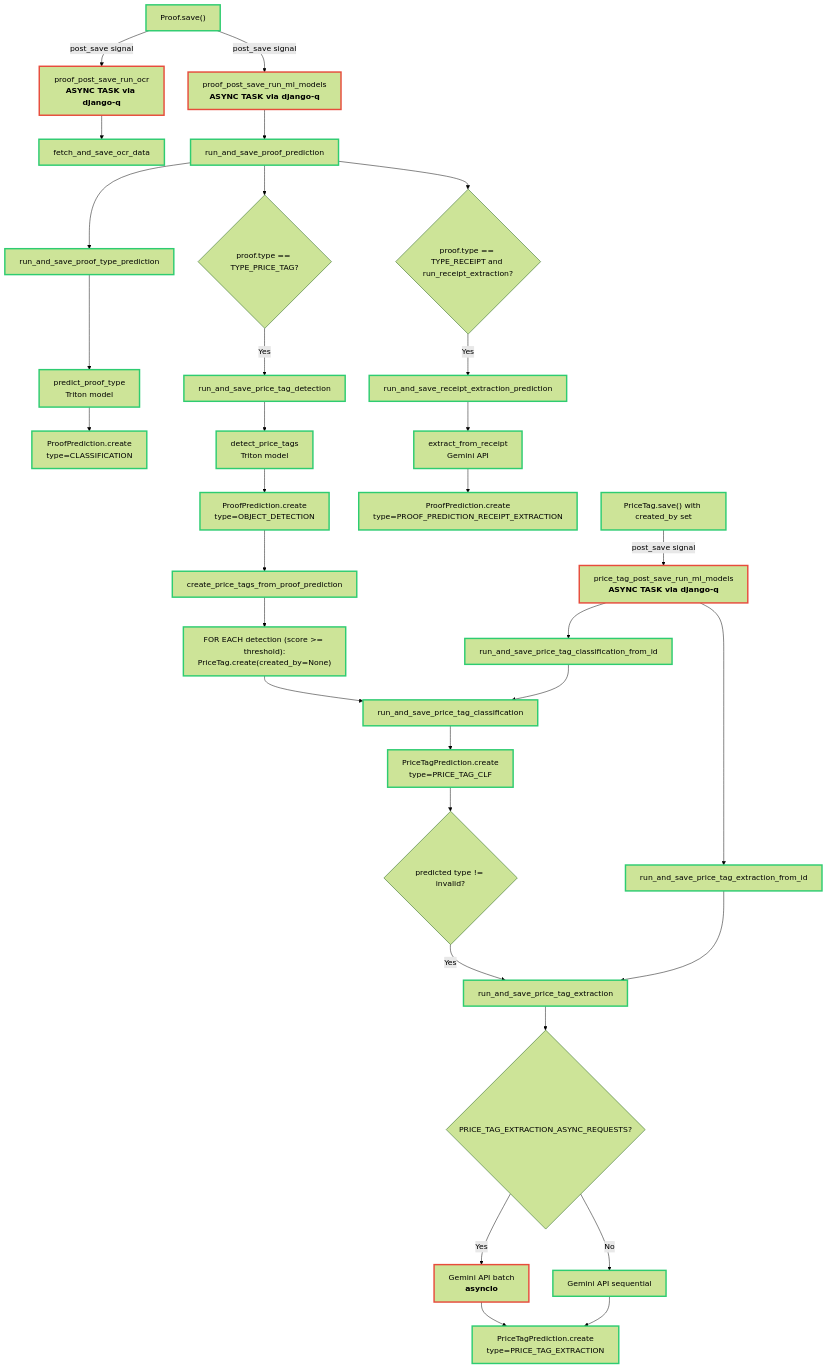
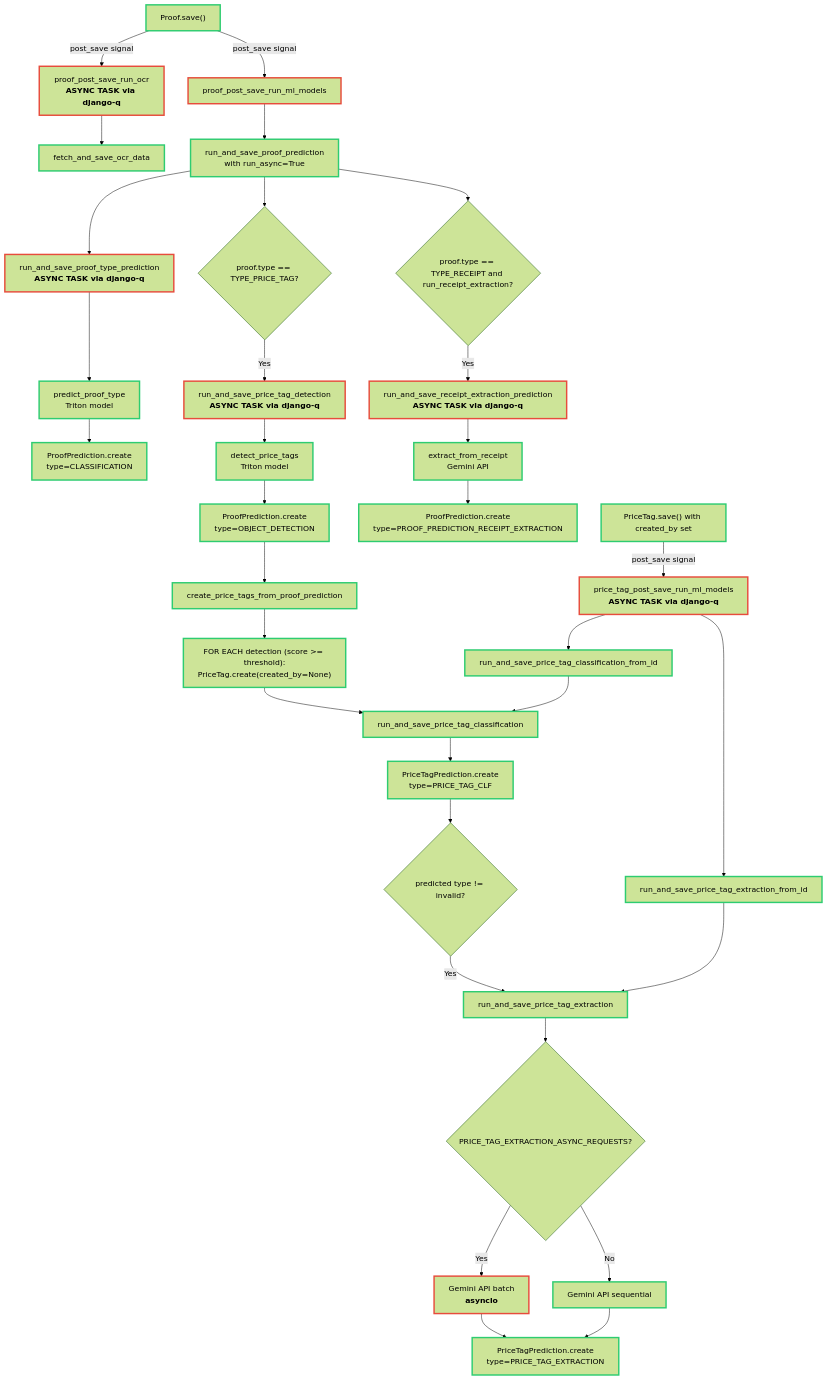
Before and after one commit to openfoodfacts/open-prices: the diagram in docs/topics/ai/proof-prediction-flow.md, drawn with Mermaid (forest theme). The commit also changed 5 other files, not shown here.

````diff
--- a/docs/topics/ai/proof-prediction-flow.md
+++ b/docs/topics/ai/proof-prediction-flow.md
@@ -7,66 +7,66 @@
 ```mermaid
 graph TD
     A["Proof.save()"] -->|"post_save signal"| B["proof_post_save_run_ocr<br/><b>ASYNC TASK via django-q</b>"]
-    A -->|"post_save signal"| C["proof_post_save_run_ml_models<br/><b>ASYNC TASK via django-q</b>"]
+    A -->|"post_save signal"| C["proof_post_save_run_ml_models"]
 
     B --> B1["fetch_and_save_ocr_data"]
 
-    C --> D["run_and_save_proof_prediction"]
-    D --> E["run_and_save_proof_type_prediction"]
+    C --> D["run_and_save_proof_prediction<br/>with run_async=True"]
+    D --> E["run_and_save_proof_type_prediction<br/><b>ASYNC TASK via django-q</b>"]
     E --> E1["predict_proof_type<br/>Triton model"]
     E1 --> E2["ProofPrediction.create<br/>type=CLASSIFICATION"]
 
     D --> F{"proof.type == TYPE_PRICE_TAG?"}
-    F -->|"Yes"| G["run_and_save_price_tag_detection"]
+    F -->|"Yes"| G["run_and_save_price_tag_detection<br/><b>ASYNC TASK via django-q</b>"]
     G --> G1["detect_price_tags<br/>Triton model"]
     G1 --> G2["ProofPrediction.create<br/>type=OBJECT_DETECTION"]
     G2 --> G3["create_price_tags_from_proof_prediction"]
     G3 --> G4["FOR EACH detection (score >= threshold):<br/>PriceTag.create(created_by=None)"]
     G4 --> G5["run_and_save_price_tag_classification"]
     G5 --> G6["PriceTagPrediction.create<br/>type=PRICE_TAG_CLF"]
     G6 --> G7{"predicted type != invalid?"}
     G7 -->|"Yes"| H["run_and_save_price_tag_extraction"]
     H --> H1{PRICE_TAG_EXTRACTION_ASYNC_REQUESTS?}
     H1 -->|"Yes"| H2["Gemini API batch<br/><b>asyncio</b>"]
     H1 -->|"No"| H3["Gemini API sequential"]
     H2 --> H4["PriceTagPrediction.create<br/>type=PRICE_TAG_EXTRACTION"]
     H3 --> H4
 
     D --> I{"proof.type == TYPE_RECEIPT and run_receipt_extraction?"}
-    I -->|"Yes"| J["run_and_save_receipt_extraction_prediction"]
+    I -->|"Yes"| J["run_and_save_receipt_extraction_prediction<br/><b>ASYNC TASK via django-q</b>"]
     J --> J1["extract_from_receipt<br/>Gemini API"]
     J1 --> J2["ProofPrediction.create<br/>type=PROOF_PREDICTION_RECEIPT_EXTRACTION"]
 
     K["PriceTag.save() with created_by set"] -->|"post_save signal"| L["price_tag_post_save_run_ml_models<br/><b>ASYNC TASK via django-q</b>"]
     L --> L1["run_and_save_price_tag_classification_from_id"]
     L --> L2["run_and_save_price_tag_extraction_from_id"]
     L1 --> G5
     L2 --> H
 
     style A stroke:#2ecc71,stroke-width:3px
     style B stroke:#e74c3c,stroke-width:3px
     style B1 stroke:#2ecc71,stroke-width:3px
     style C stroke:#e74c3c,stroke-width:3px
     style D stroke:#2ecc71,stroke-width:3px
-    style E stroke:#2ecc71,stroke-width:3px
+    style E stroke:#e74c3c,stroke-width:3px
     style E1 stroke:#2ecc71,stroke-width:3px
     style E2 stroke:#2ecc71,stroke-width:3px
-    style G stroke:#2ecc71,stroke-width:3px
+    style G stroke:#e74c3c,stroke-width:3px
     style G1 stroke:#2ecc71,stroke-width:3px
     style G2 stroke:#2ecc71,stroke-width:3px
     style G3 stroke:#2ecc71,stroke-width:3px
     style G4 stroke:#2ecc71,stroke-width:3px
     style G5 stroke:#2ecc71,stroke-width:3px
     style G6 stroke:#2ecc71,stroke-width:3px
     style H stroke:#2ecc71,stroke-width:3px
     style H2 stroke:#e74c3c,stroke-width:3px
     style H3 stroke:#2ecc71,stroke-width:3px
     style H4 stroke:#2ecc71,stroke-width:3px
-    style J stroke:#2ecc71,stroke-width:3px
+    style J stroke:#e74c3c,stroke-width:3px
     style J1 stroke:#2ecc71,stroke-width:3px
     style J2 stroke:#2ecc71,stroke-width:3px
     style K stroke:#2ecc71,stroke-width:3px
     style L stroke:#e74c3c,stroke-width:3px
     style L1 stroke:#2ecc71,stroke-width:3px
     style L2 stroke:#2ecc71,stroke-width:3px
 ```
````
